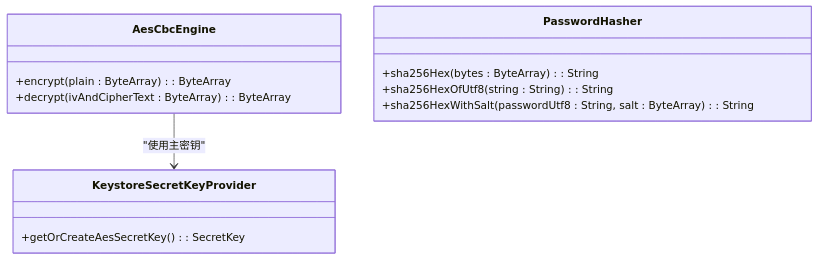
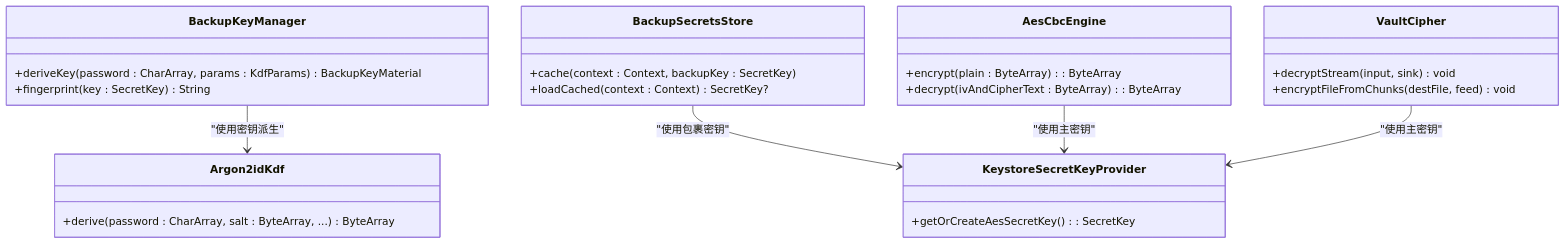
Diagram 16 of 18 in .qoder/repowiki/zh/content/核心功能模块/备份恢复系统.md (wanhongbo/ai-photo-vault), drawn with Mermaid before and after one commit. The commit also changed other lines of this file and 22 other files, not shown here.

````diff
--- a/.qoder/repowiki/zh/content/核心功能模块/备份恢复系统.md
+++ b/.qoder/repowiki/zh/content/核心功能模块/备份恢复系统.md
@@ -491,16 +850,29 @@
 ```mermaid
 classDiagram
+class BackupKeyManager {
++deriveKey(password : CharArray, params : KdfParams) BackupKeyMaterial
++fingerprint(key : SecretKey) String
+}
+class BackupSecretsStore {
++cache(context : Context, backupKey : SecretKey)
++loadCached(context : Context) SecretKey?
+}
+class Argon2idKdf {
++derive(password : CharArray, salt : ByteArray, ...) ByteArray
+}
 class AesCbcEngine {
 +encrypt(plain : ByteArray) : ByteArray
 +decrypt(ivAndCipherText : ByteArray) : ByteArray
 }
 class KeystoreSecretKeyProvider {
 +getOrCreateAesSecretKey() : SecretKey
 }
-class PasswordHasher {
-+sha256Hex(bytes : ByteArray) : String
-+sha256HexOfUtf8(string : String) : String
-+sha256HexWithSalt(passwordUtf8 : String, salt : ByteArray) : String
+class VaultCipher {
++decryptStream(input, sink) void
++encryptFileFromChunks(destFile, feed) void
 }
+BackupKeyManager --> Argon2idKdf : "使用密钥派生"
+BackupSecretsStore --> KeystoreSecretKeyProvider : "使用包裹密钥"
 AesCbcEngine --> KeystoreSecretKeyProvider : "使用主密钥"
+VaultCipher --> KeystoreSecretKeyProvider : "使用主密钥"
 ```
````
